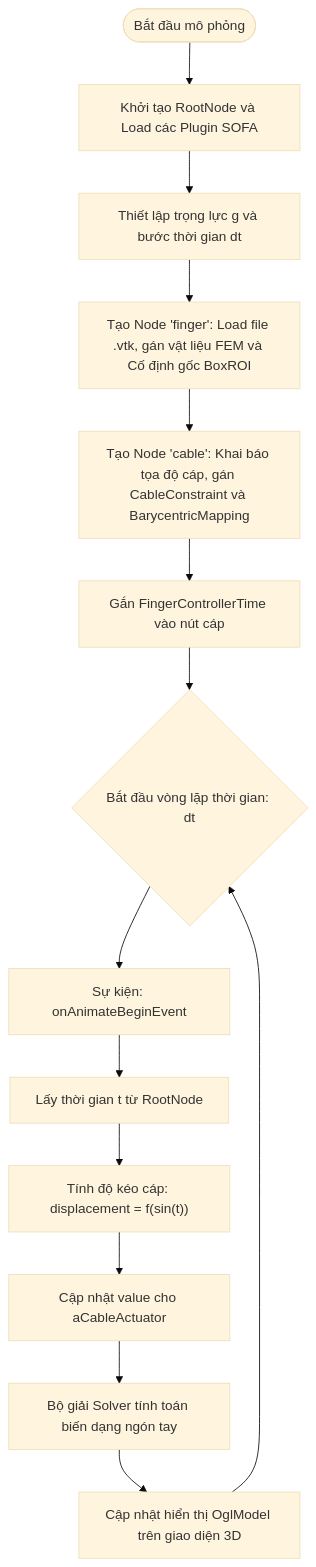
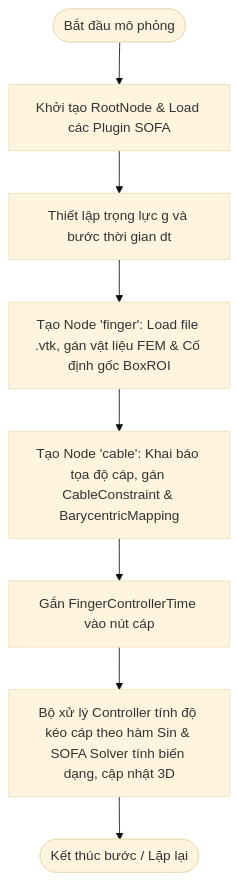
The diagram in README.md (KHA1386/SOFA-cable-controlled-finger-Khuat-Hung-Anh), drawn with Mermaid (base theme) before and after one commit.

````diff
--- a/README.md
+++ b/README.md
@@ -92,17 +92,10 @@
 ```mermaid
 flowchart TD
-    A([Bắt đầu mô phỏng]) --> B[Khởi tạo RootNode và Load các Plugin SOFA]
+    A([Bắt đầu mô phỏng]) --> B[Khởi tạo RootNode & Load các Plugin SOFA]
     B --> C[Thiết lập trọng lực g và bước thời gian dt]
-    C --> D[Tạo Node 'finger': Load file .vtk, gán vật liệu FEM và Cố định gốc BoxROI]
-    D --> E[Tạo Node 'cable': Khai báo tọa độ cáp, gán CableConstraint và BarycentricMapping]
+    C --> D[Tạo Node 'finger': Load file .vtk, gán vật liệu FEM & Cố định gốc BoxROI]
+    D --> E[Tạo Node 'cable': Khai báo tọa độ cáp, gán CableConstraint & BarycentricMapping]
     E --> F[Gắn FingerControllerTime vào nút cáp]
-    
-    F --> G{Bắt đầu vòng lặp thời gian: dt}
-    G --> H[Sự kiện: onAnimateBeginEvent]
-    H --> I[Lấy thời gian t từ RootNode]
-    I --> J["Tính độ kéo cáp: displacement = f(sin(t))"]
-    J --> K[Cập nhật value cho aCableActuator]
-    K --> L[Bộ giải Solver tính toán biến dạng ngón tay]
-    L --> M[Cập nhật hiển thị OglModel trên giao diện 3D]
-    M --> G
+    F --> G[Bộ xử lý Controller tính độ kéo cáp theo hàm Sin & SOFA Solver tính biến dạng, cập nhật 3D]
+    G --> H([Kết thúc bước / Lặp lại])
 ```
````
